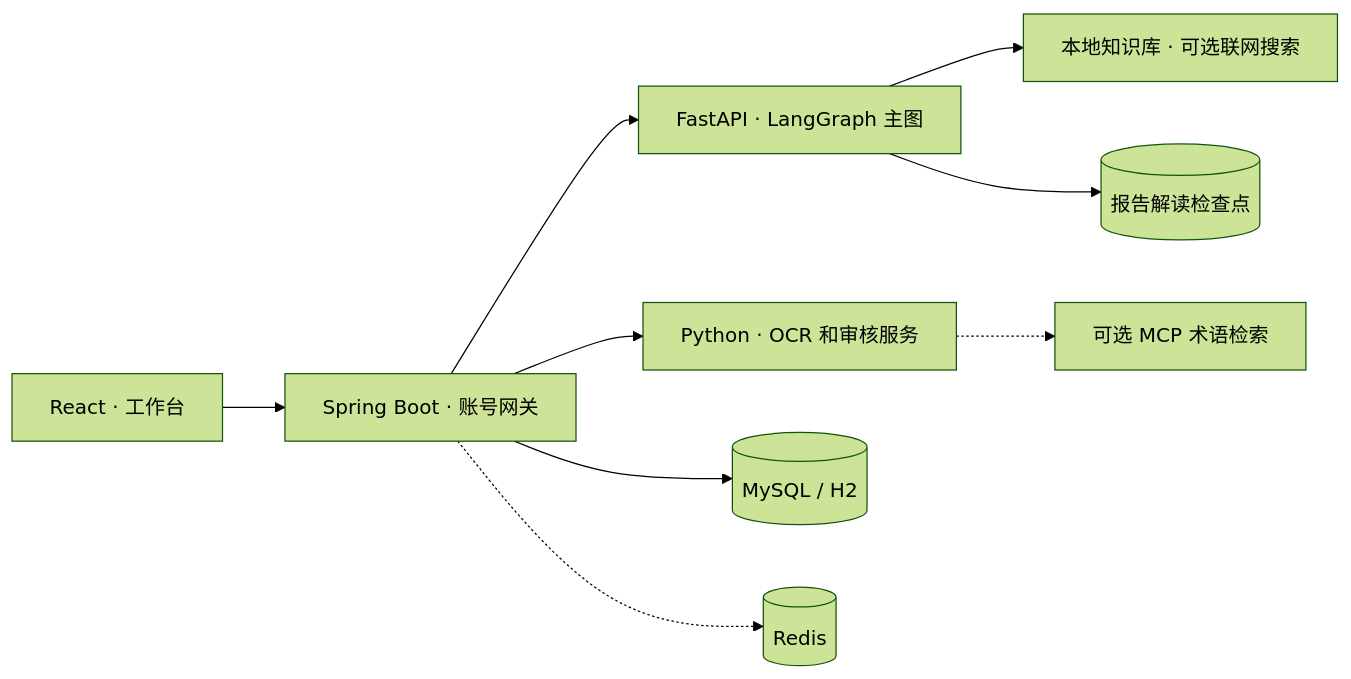
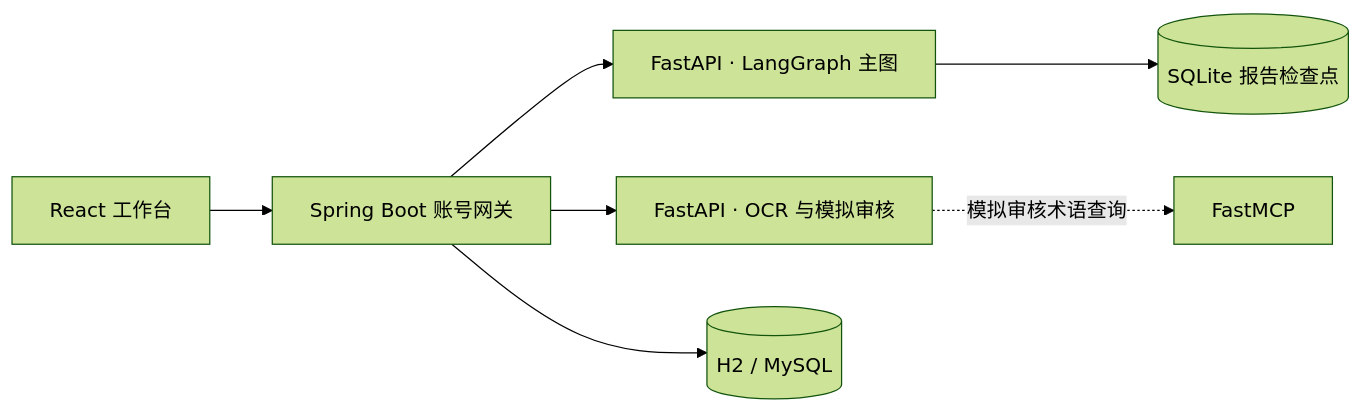
Before and after one commit to leWLW-le/Medical-Health-Agent-Workbench: the diagram in README.md, drawn with Mermaid (forest theme). The commit also changed other lines of this file and 7 other files, not shown here.

````diff
--- a/README.md
+++ b/README.md
@@ -60,11 +13,9 @@
 ```mermaid
 flowchart LR
-    UI["React · 工作台"] --> Gateway["Spring Boot · 账号网关"]
-    Gateway --> Main["FastAPI · LangGraph 主图"]
-    Gateway --> OCR["Python · OCR 和审核服务"]
-    Gateway --> Data[("MySQL / H2")]
-    Gateway -.-> Cache[("Redis")]
-    Main --> Sources["本地知识库 · 可选联网搜索"]
-    Main --> Checkpoints[("报告解读检查点")]
-    OCR -.-> MCP["可选 MCP 术语检索"]
+    UI["React 工作台"] --> Gateway["Spring Boot 账号网关"]
+    Gateway --> Health["FastAPI · LangGraph 主图"]
+    Gateway --> Audit["FastAPI · OCR 与模拟审核"]
+    Gateway --> DB[("H2 / MySQL")]
+    Health --> Checkpoint[("SQLite 报告检查点")]
+    Audit -. 模拟审核术语查询 .-> MCP["FastMCP"]
 ```
````
